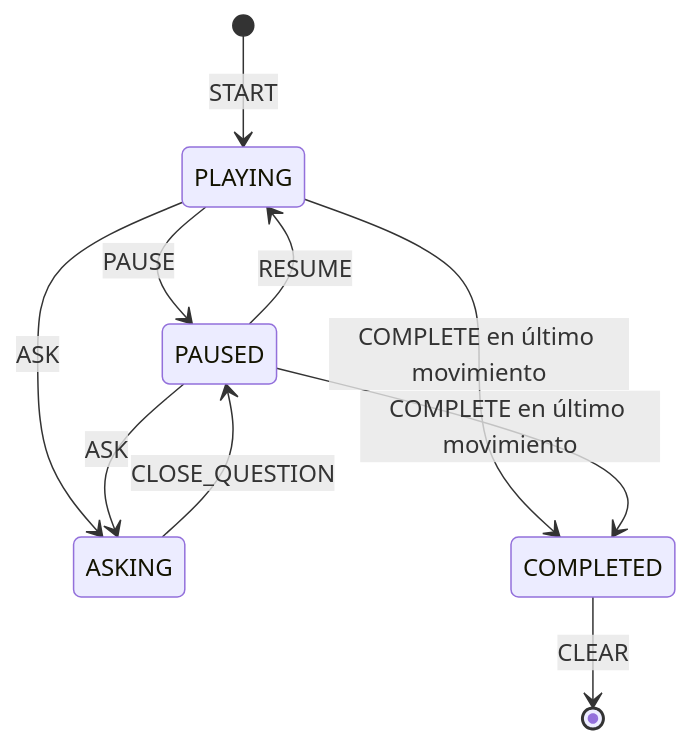
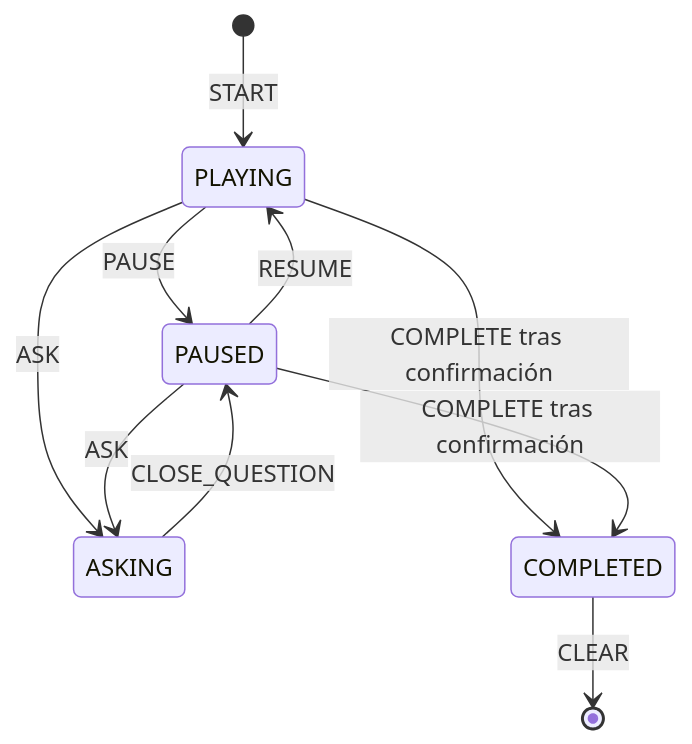
Before and after one commit to marianafloreslopez99/Taichi: the diagram in docs/STATE_MANAGEMENT.md, drawn with Mermaid. The commit also changed other lines of this file and 211 other files, not shown here.

````diff
--- a/docs/STATE_MANAGEMENT.md
+++ b/docs/STATE_MANAGEMENT.md
@@ -5,12 +5,12 @@
 ```mermaid
 stateDiagram-v2
   [*] --> PLAYING: START
   PLAYING --> PAUSED: PAUSE
   PAUSED --> PLAYING: RESUME
   PLAYING --> ASKING: ASK
   PAUSED --> ASKING: ASK
   ASKING --> PAUSED: CLOSE_QUESTION
-  PLAYING --> COMPLETED: COMPLETE en último movimiento
-  PAUSED --> COMPLETED: COMPLETE en último movimiento
+  PLAYING --> COMPLETED: COMPLETE tras confirmación
+  PAUSED --> COMPLETED: COMPLETE tras confirmación
   COMPLETED --> [*]: CLEAR
 ```
````
